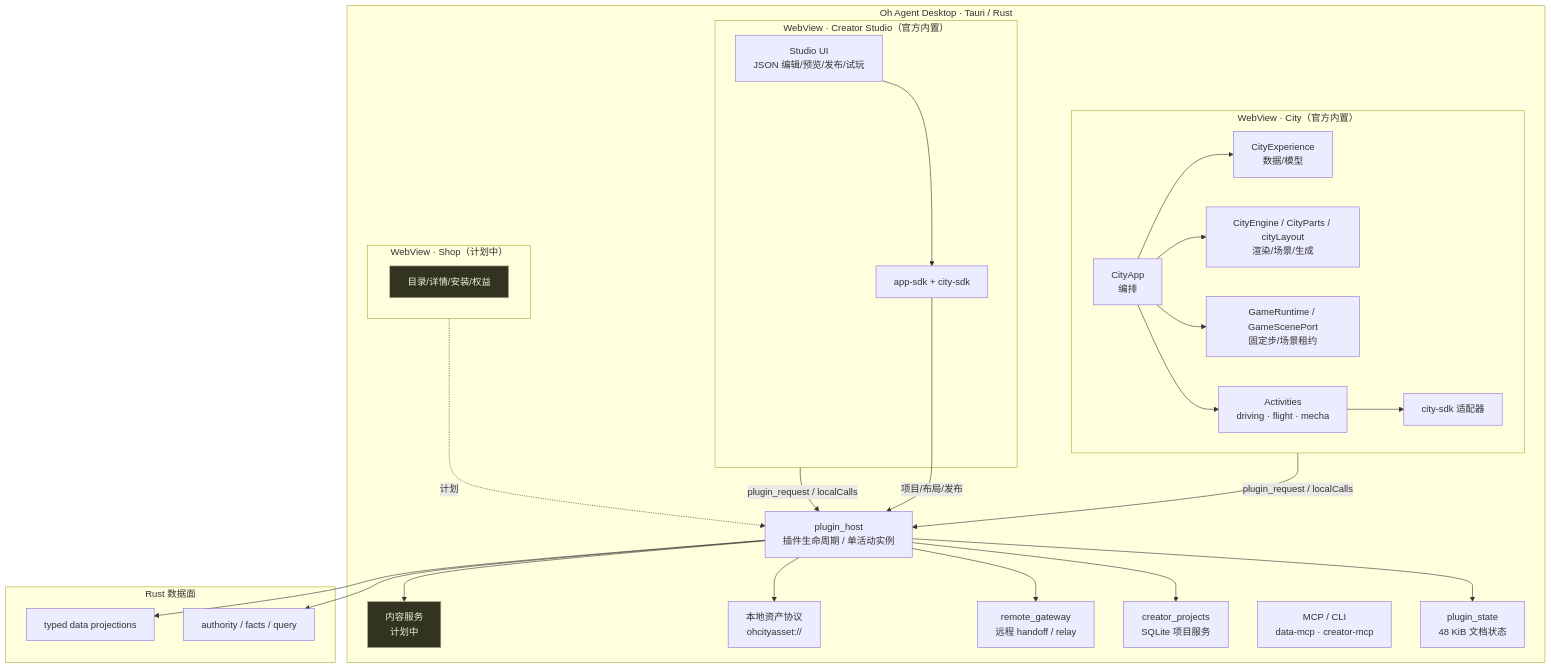
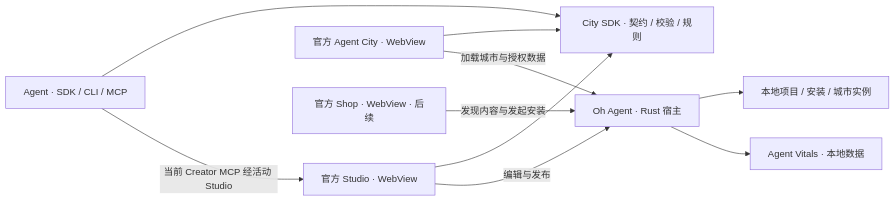
The diagram in docs/OH_AGENT_ARCHITECTURE_2026_11_11.md (Oh-Agent-AI/oh-agent), drawn with Mermaid before and after one commit. The commit also changed other lines of this file, not shown here.

Commit message:
docs(arch): refresh Oh Agent architecture document

````diff
--- a/docs/OH_AGENT_ARCHITECTURE_2026_11_11.md
+++ b/docs/OH_AGENT_ARCHITECTURE_2026_11_11.md
@@ -20,56 +25,20 @@
 ```mermaid
-flowchart TB
-  subgraph Desktop["Oh Agent Desktop · Tauri / Rust"]
-    Host["plugin_host<br/>插件生命周期 / 单活动实例"]
-    State["plugin_state<br/>48 KiB 文档状态"]
-    Creator["creator_projects<br/>SQLite 项目服务"]
-    Remote["remote_gateway<br/>远程 handoff / relay"]
-    Content["内容服务<br/>计划中"]
-    MCP["MCP / CLI<br/>data-mcp · creator-mcp"]
-    Proto["本地资产协议<br/>ohcityasset://"]
-
-    subgraph CityView["WebView · City（官方内置）"]
-      CityApp["CityApp<br/>编排"]
-      CityExp["CityExperience<br/>数据/模型"]
-      Engine["CityEngine / CityParts / cityLayout<br/>渲染/场景/生成"]
-      Runtime["GameRuntime / GameScenePort<br/>固定步/场景租约"]
-      Activities["Activities<br/>driving · flight · mecha"]
-      CitySDKAdapter["city-sdk 适配器"]
-    end
-
-    subgraph StudioView["WebView · Creator Studio（官方内置）"]
-      Studio["Studio UI<br/>JSON 编辑/预览/发布/试玩"]
-      StudioSDK["app-sdk + city-sdk"]
-    end
-
-    subgraph ShopView["WebView · Shop（计划中）"]
-      Shop["目录/详情/安装/权益"]
-    end
-  end
-
-  subgraph DataPlane["Rust 数据面"]
-    Authority["authority / facts / query"]
-    Typed["typed data projections"]
-  end
-
-  CityView -->|plugin_request / localCalls| Host
-  StudioView -->|plugin_request / localCalls| Host
-  ShopView -.->|计划| Host
-  Host --> State
-  Host --> Creator
-  Host --> Remote
-  Host --> Proto
-  Host --> Content
-  Host --> Authority
-  Host --> Typed
-  CityApp --> CityExp
-  CityApp --> Engine
-  CityApp --> Runtime
-  CityApp --> Activities
-  Activities --> CitySDKAdapter
-  Studio --> StudioSDK
-  StudioSDK -->|项目/布局/发布| Host
-
-  classDef planned fill:#332,stroke:#aa8,color:#eed;
-  class Content,Shop planned;
+flowchart LR
+  Agent["Agent · SDK / CLI / MCP"]
+  Studio["官方 Studio · WebView"]
+  City["官方 Agent City · WebView"]
+  Shop["官方 Shop · WebView · 后续"]
+  Host["Oh Agent · Rust 宿主"]
+  Vitals["Agent Vitals · 本地数据"]
+  Store["本地项目 / 安装 / 城市实例"]
+  SDK["City SDK · 契约 / 校验 / 规则"]
+  Agent -->|当前 Creator MCP 经活动 Studio| Studio
+  Studio -->|编辑与发布| Host
+  City -->|加载城市与授权数据| Host
+  Shop -->|发现内容与发起安装| Host
+  Host --> Vitals
+  Host --> Store
+  Studio --> SDK
+  City --> SDK
+  Agent --> SDK
 ```
````
